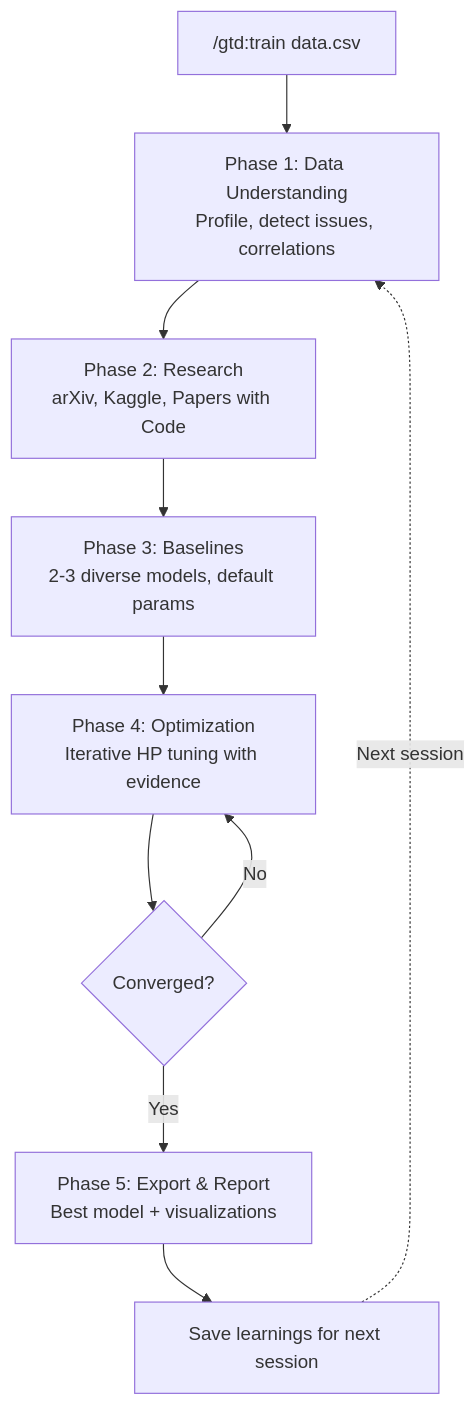
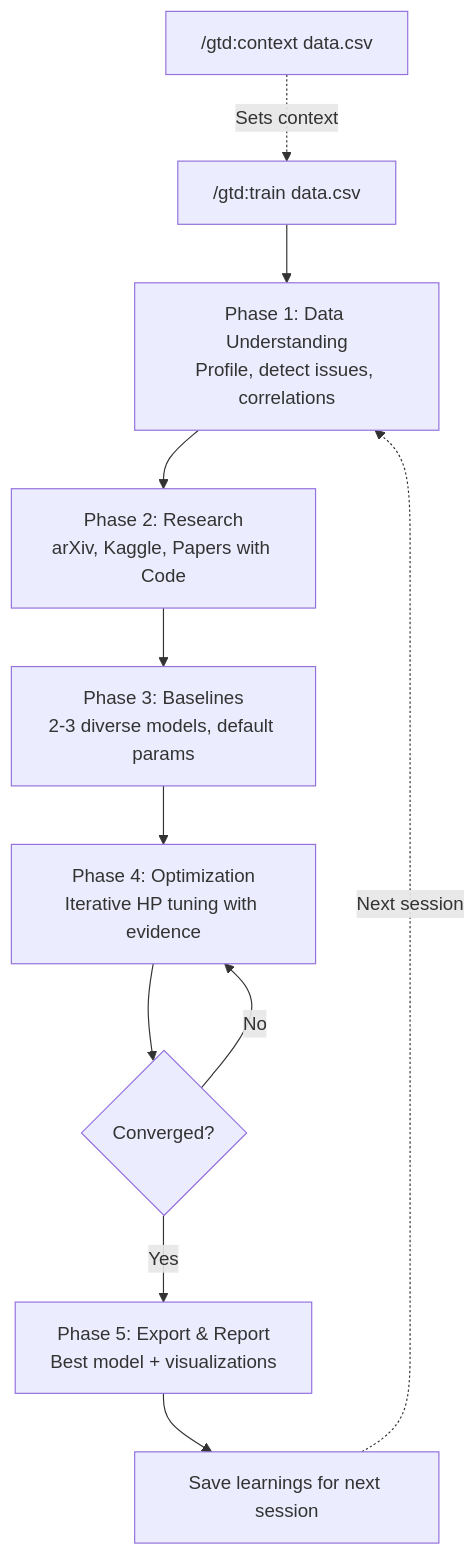
Before and after one commit to YuvalShalev/get-training-done: the first of 2 diagrams in README.md, drawn with Mermaid.

Commit message:
docs: add /gtd:context to workflow mermaid diagram

````diff
--- a/README.md
+++ b/README.md
@@ -42,12 +42,13 @@
 ```mermaid
 graph TD
+    CTX["/gtd:context data.csv"] -.->|"Sets context"| A
     A["/gtd:train data.csv"] --> B["Phase 1: Data Understanding<br/>Profile, detect issues, correlations"]
     B --> C["Phase 2: Research<br/>arXiv, Kaggle, Papers with Code"]
     C --> D["Phase 3: Baselines<br/>2-3 diverse models, default params"]
     D --> E["Phase 4: Optimization<br/>Iterative HP tuning with evidence"]
     E --> F{"Converged?"}
     F -->|No| E
     F -->|Yes| G["Phase 5: Export & Report<br/>Best model + visualizations"]
     G --> H["Save learnings for next session"]
     H -.->|Next session| B
 ```
````
